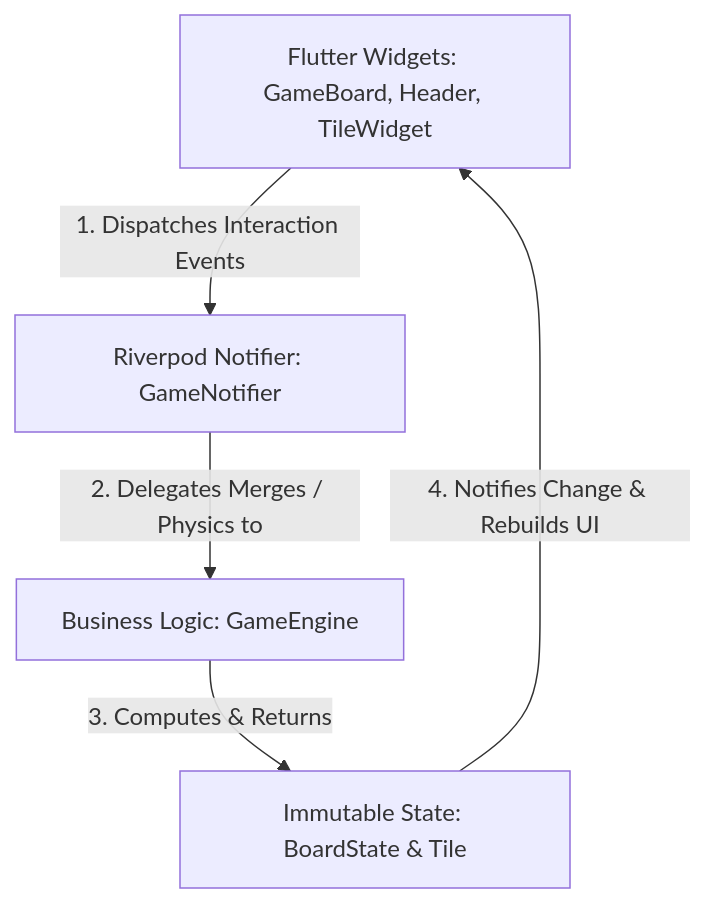
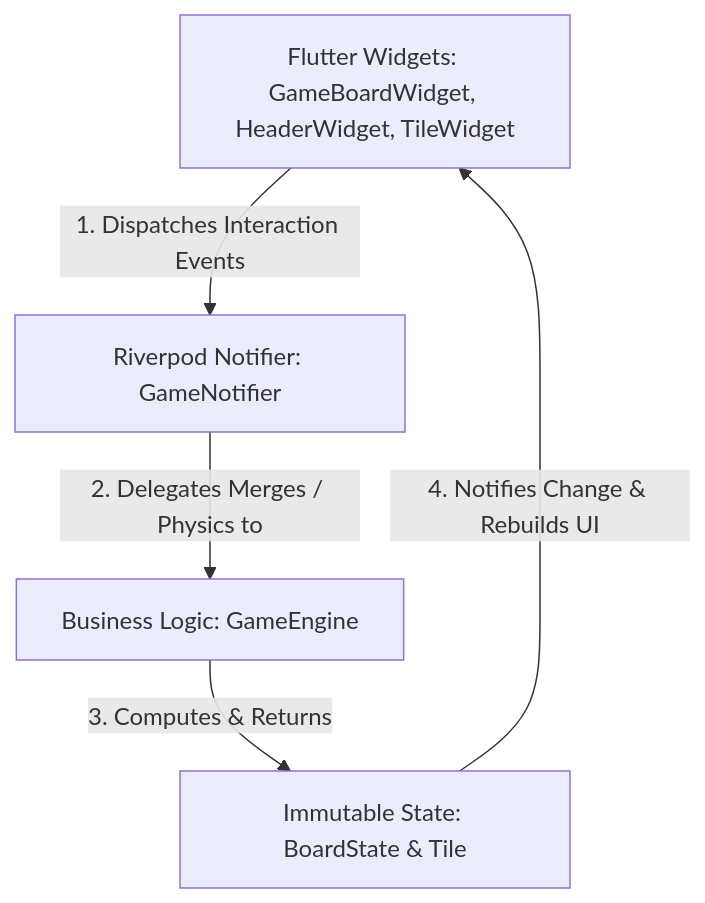
The diagram in README.md (ArindamBhatta/2048), drawn with Mermaid before and after one commit. The commit also changed other lines of this file and 18 other files, not shown here.

````diff
--- a/README.md
+++ b/README.md
@@ -46,12 +34,12 @@
 ```mermaid
 graph TD
-    UI[Flutter Widgets: GameBoard, Header, TileWidget]
+    UI[Flutter Widgets: GameBoardWidget, HeaderWidget, TileWidget]
     State[Riverpod Notifier: GameNotifier]
     Engine[Business Logic: GameEngine]
     Model[Immutable State: BoardState & Tile]
 
     UI -- 1. Dispatches Interaction Events --> State
     State -- 2. Delegates Merges / Physics to --> Engine
     Engine -- 3. Computes & Returns --> Model
     Model -- 4. Notifies Change & Rebuilds UI --> UI
 ```
````
